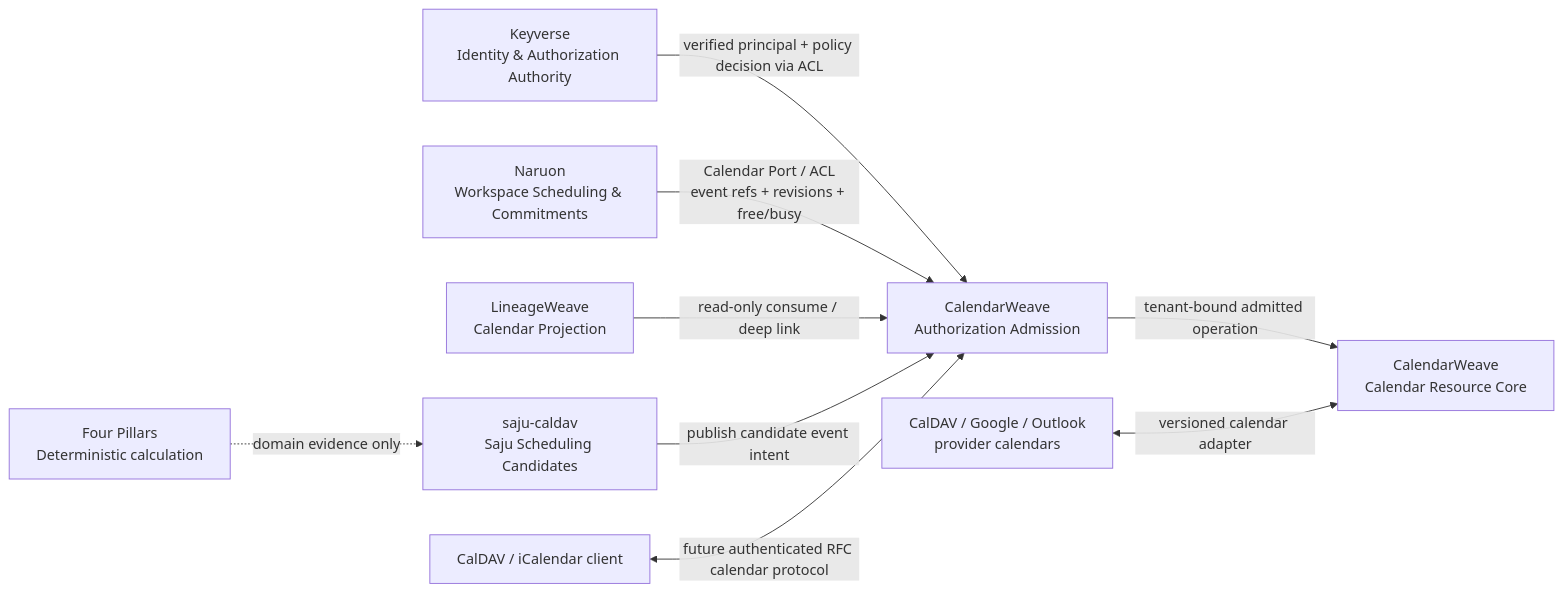
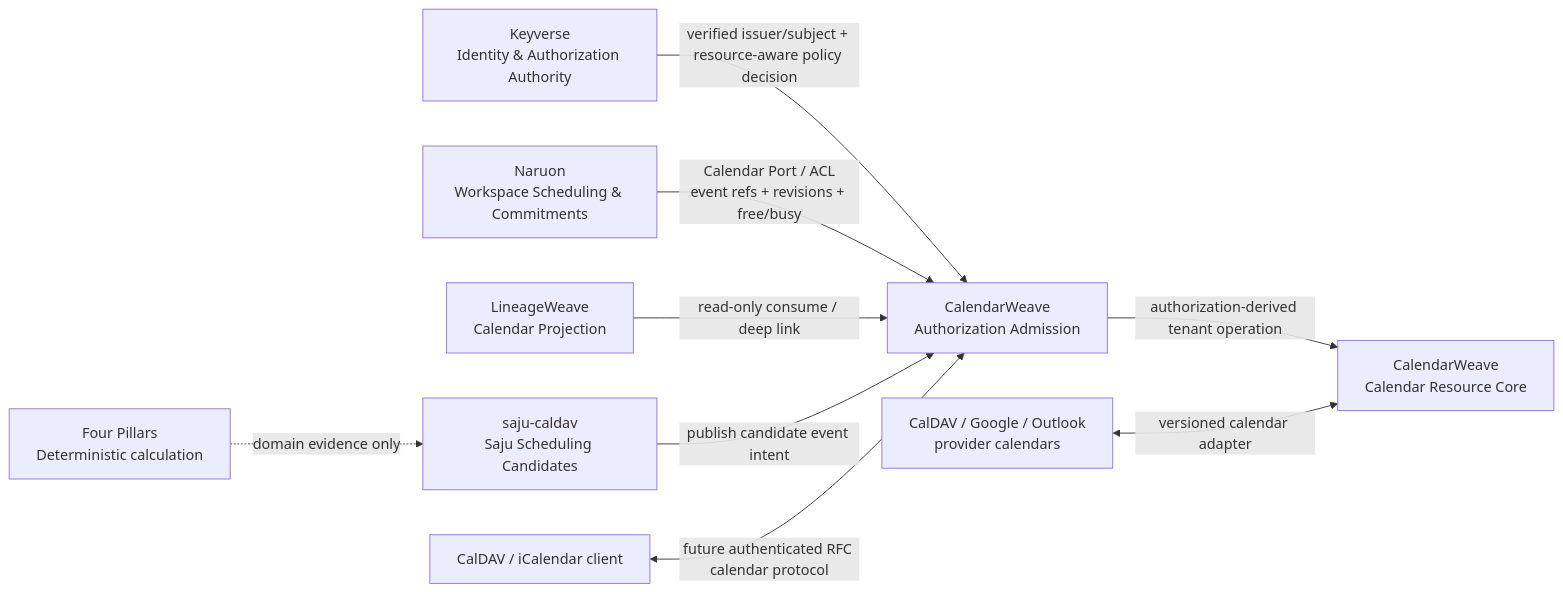
One commit to ContextualWisdomLab/CalendarWeave changed the diagram in ARCHITECTURE.md. Above: the diagram before and after it, drawn with Mermaid. The commit also changed other lines of this file, not shown here.

Commit message:
docs(auth): align architecture with derived tenant admission

````diff
--- a/ARCHITECTURE.md
+++ b/ARCHITECTURE.md
@@ -37,13 +39,13 @@
 ```mermaid
 flowchart LR
-  keyverse[Keyverse\nIdentity & Authorization Authority] -->|verified principal + policy decision via ACL| admission[CalendarWeave\nAuthorization Admission]
-  admission -->|tenant-bound admitted operation| calendar[CalendarWeave\nCalendar Resource Core]
+  keyverse[Keyverse\nIdentity & Authorization Authority] -->|verified issuer/subject + resource-aware policy decision| admission[CalendarWeave\nAuthorization Admission]
+  admission -->|authorization-derived tenant operation| calendar[CalendarWeave\nCalendar Resource Core]
   provider[CalDAV / Google / Outlook\nprovider calendars] <-->|versioned calendar adapter| calendar
 
   naruon[Naruon\nWorkspace Scheduling & Commitments] -->|Calendar Port / ACL\nevent refs + revisions + free/busy| admission
   lineage[LineageWeave\nCalendar Projection] -->|read-only consume / deep link| admission
   saju[saju-caldav\nSaju Scheduling Candidates] -->|publish candidate event intent| admission
   client[CalDAV / iCalendar client] <-->|future authenticated RFC calendar protocol| admission
 
   fourpillars[Four Pillars\nDeterministic calculation] -. domain evidence only .-> saju
 ```
````
